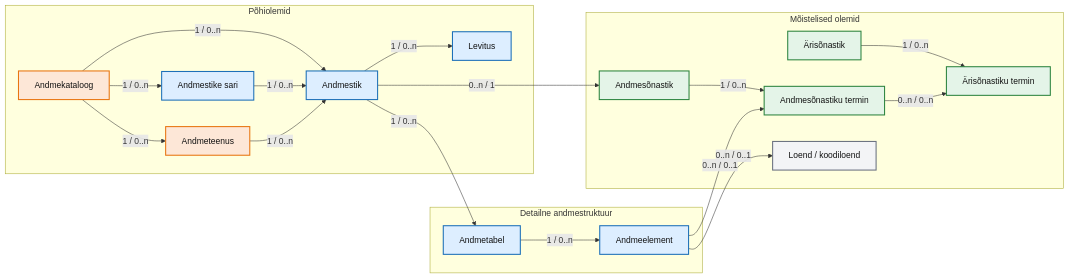
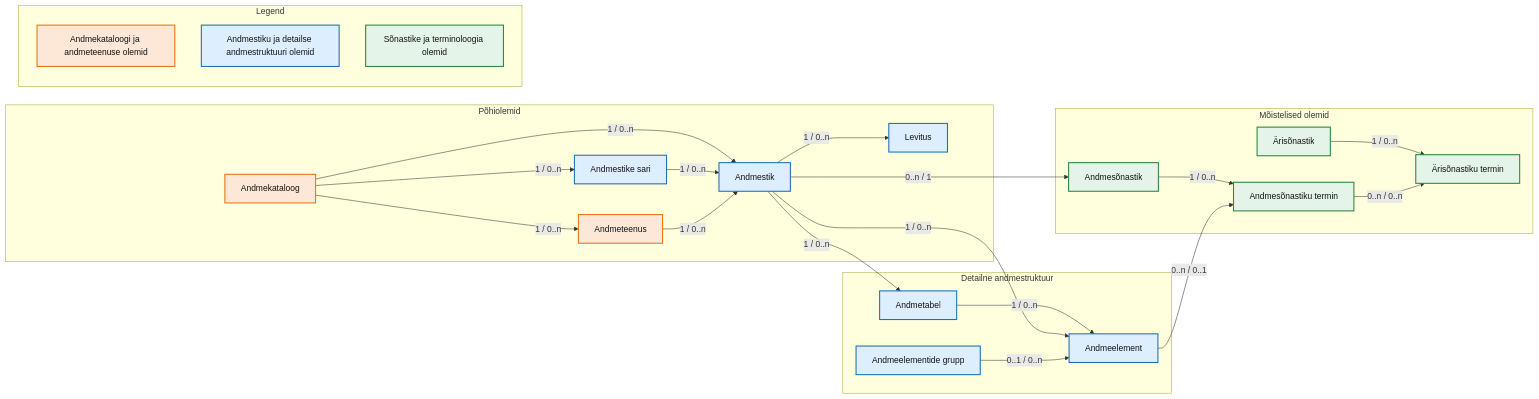
Before and after one commit to e-gov/Andmekirjelduse-Standard: the diagram in docs/index.md, drawn with Mermaid.

Commit message:
Joonise muudatused

````diff
--- a/docs/index.md
+++ b/docs/index.md
@@ -126,67 +126,78 @@
 ```mermaid
 flowchart LR
 
   subgraph G1["Põhiolemid"]
     Kataloog["Andmekataloog"]
     Sari["Andmestike sari"]
     Andmestik["Andmestik"]
     Levitus["Levitus"]
     Teenus["Andmeteenus"]
   end
 
   subgraph G2["Detailne andmestruktuur"]
     Tabel["Andmetabel"]
     Element["Andmeelement"]
+    Grupp["Andmeelementide grupp"]
   end
 
   subgraph G3["Mõistelised olemid"]
     Andmesonastik["Andmesõnastik"]
     AndmeTermin["Andmesõnastiku termin"]
     Arisonastik["Ärisõnastik"]
     AriTermin["Ärisõnastiku termin"]
-    Loend["Loend / koodiloend"]
+  end
+
+  subgraph G4["Legend"]
+    LegendOranz["Andmekataloogi ja andmeteenuse olemid"]
+    LegendSinine["Andmestiku ja detailse andmestruktuuri olemid"]
+    LegendRoheline["Sõnastike ja terminoloogia olemid"]
   end
 
   Kataloog -->|"1 / 0..n"| Sari
   Kataloog -->|"1 / 0..n"| Andmestik
   Kataloog -->|"1 / 0..n"| Teenus
 
   Sari -->|"1 / 0..n"| Andmestik
 
   Andmestik -->|"1 / 0..n"| Levitus
   Teenus -->|"1 / 0..n"| Andmestik
 
   Andmestik -->|"1 / 0..n"| Tabel
   Tabel -->|"1 / 0..n"| Element
+  Andmestik -->|"1 / 0..n"| Element
+
+  Grupp -->|"0..1 / 0..n"| Element
 
   Andmestik -->|"0..n / 1"| Andmesonastik
   Andmesonastik -->|"1 / 0..n"| AndmeTermin
   Arisonastik -->|"1 / 0..n"| AriTermin
 
   Element -->|"0..n / 0..1"| AndmeTermin
-  Element -->|"0..n / 0..1"| Loend
   AndmeTermin -->|"0..n / 0..n"| AriTermin
 
   classDef oranz fill:#FDE7D7,stroke:#E87511,stroke-width:2px,color:#111111;
   classDef sinine fill:#DDEEFF,stroke:#1D70B8,stroke-width:2px,color:#111111;
   classDef roheline fill:#E4F4E8,stroke:#2E8540,stroke-width:2px,color:#111111;
-  classDef hall fill:#F3F4F6,stroke:#6B7280,stroke-width:2px,color:#111111;
 
   class Kataloog,Teenus oranz;
-  class Andmestik,Sari,Levitus,Tabel,Element sinine;
+  class Andmestik,Sari,Levitus,Tabel,Element,Grupp sinine;
   class Andmesonastik,AndmeTermin,Arisonastik,AriTermin roheline;
-  class Loend hall;
+
+  class LegendOranz oranz;
+  class LegendSinine sinine;
+  class LegendRoheline roheline;
 
   click Kataloog "#21-andmekataloogi-kirjeldus" "Ava andmekataloogi kirjeldus" _self
-  click Andmestik "#22-andmestiku-kirjeldus" "Ava andmekataloogi kirjeldus" _self
+  click Andmestik "#22-andmestiku-kirjeldus" "Ava andmestiku kirjeldus" _self
   click Levitus "#23-andmestiku-levituse-kirjeldus" "Ava levituse kirjeldus" _self
   click Sari "#24-andmestike-sarja-kirjeldus" "Ava andmestike sarja kirjeldus" _self
   click Teenus "#25-andmeteenuse-kirjeldus" "Ava andmeteenuse kirjeldus" _self
   click Tabel "#26-andmebaasi-tabeli-kirjeldus" "Ava andmetabeli kirjeldus" _self
   click Element "#27-andmeelemendi-kirjeldus" "Ava andmeelemendi kirjeldus" _self
+  click Grupp "#28-andmeelementide-grupp" "Ava andmeelementide grupi kirjeldus" _self
   click Andmesonastik "#31-andmesonastiku-kirjeldus" "Ava andmesõnastiku kirjeldus" _self
   click AndmeTermin "#32-andmesonastiku-termini-kirjeldus" "Ava andmesõnastiku termini kirjeldus" _self
   click Arisonastik "#33-arisonastiku-kirjeldus" "Ava ärisõnastiku kirjeldus" _self
   click AriTermin "#34-arisonastiku-termini-kirjeldus" "Ava ärisõnastiku termini kirjeldus" _self
 
 ```
````
